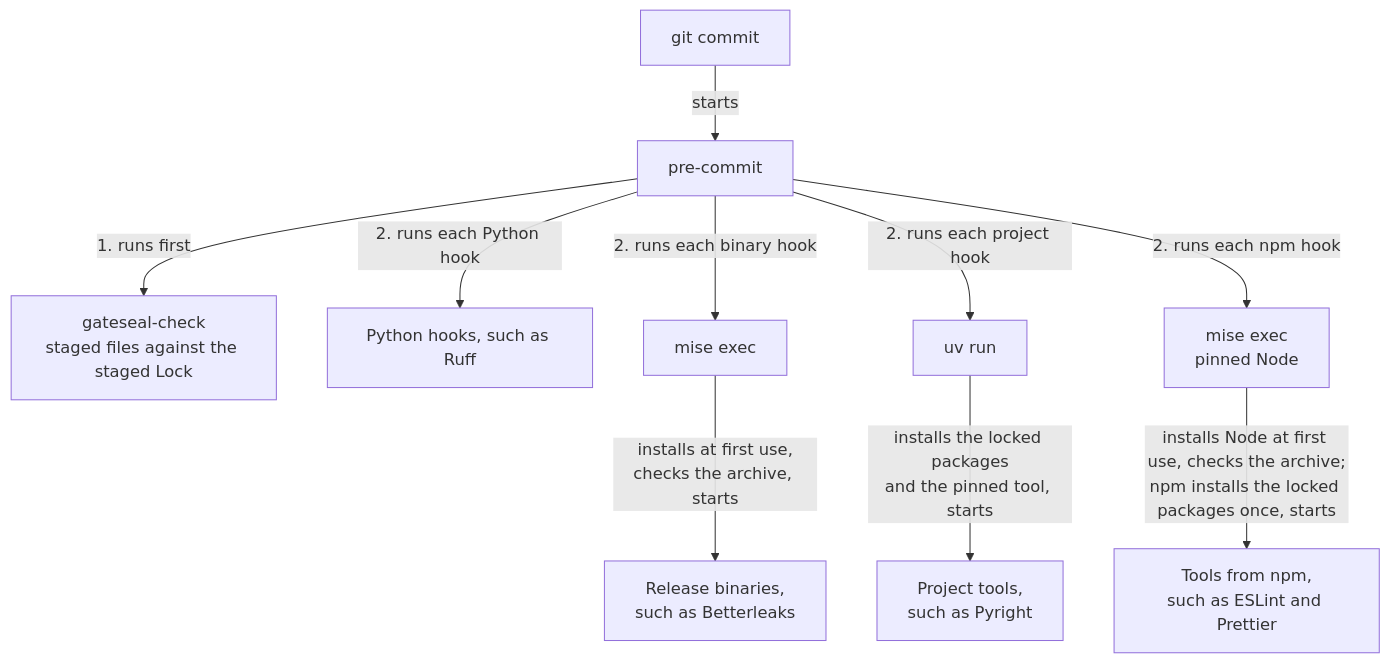
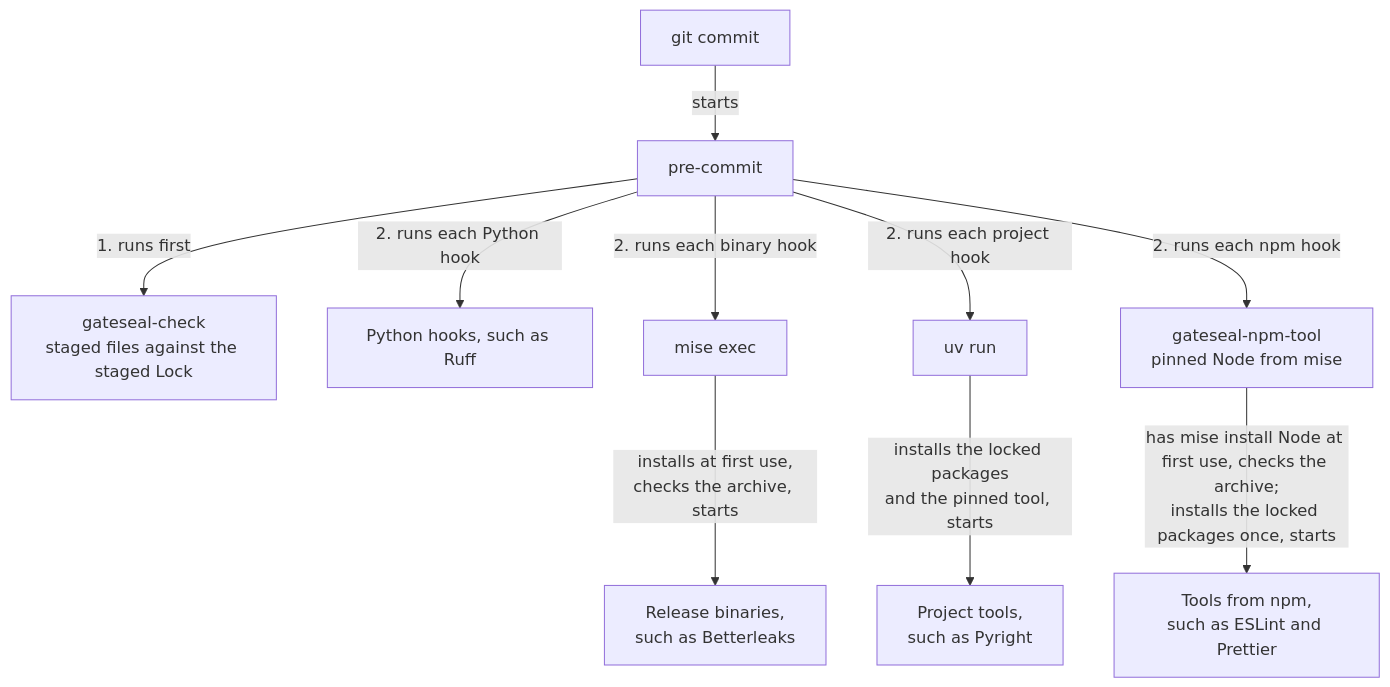
One commit to karstenevers/gateseal changed the second of 2 diagrams in docs/architecture.md. Above: the diagram before and after it, drawn with Mermaid. The commit also changed 38 other files, not shown here.

````diff
--- a/docs/architecture.md
+++ b/docs/architecture.md
@@ -97,14 +97,14 @@
 ```mermaid
 flowchart TD
     accTitle: How gateseal checks a commit
-    accDescr: git commit starts pre-commit. pre-commit runs gateseal-check first, which compares the staged generated files with the staged Lock. If it passes, pre-commit runs each tool's hook. A Python hook runs in the environment that pre-commit built. A release binary starts through mise, which installs it at first use and checks its archive. A project tool starts through uv run, which installs the packages that the repository's uv.lock pins and the pinned tool. A tool from npm starts through mise on the pinned Node, which mise installs at first use and checks against its archive. npm installs the locked packages once into the user's cache folder.
+    accDescr: git commit starts pre-commit. pre-commit runs gateseal-check first, which compares the staged generated files with the staged Lock. If it passes, pre-commit runs each tool's hook. A Python hook runs in the environment that pre-commit built. A release binary starts through mise, which installs it at first use and checks its archive. A project tool starts through uv run, which installs the packages that the repository's uv.lock pins and the pinned tool. A tool from npm starts through gateseal-npm-tool, which reads the pinned Node and the tool's lockfile from gateseal.lock. mise installs that Node at first use and checks its archive. npm installs the locked packages once into the user's cache folder.
     git["git commit"] -- "starts" --> precommit["pre-commit"]
     precommit -- "1. runs first" --> check["gateseal-check<br/>staged files against the staged Lock"]
     precommit -- "2. runs each Python hook" --> python["Python hooks, such as Ruff"]
     precommit -- "2. runs each binary hook" --> mise["mise exec"]
     mise -- "installs at first use,<br/>checks the archive, starts" --> binary["Release binaries,<br/>such as Betterleaks"]
     precommit -- "2. runs each project hook" --> uv["uv run"]
     uv -- "installs the locked packages<br/>and the pinned tool, starts" --> project["Project tools,<br/>such as Pyright"]
-    precommit -- "2. runs each npm hook" --> node["mise exec<br/>pinned Node"]
-    node -- "installs Node at first use, checks the archive;<br/>npm installs the locked packages once, starts" --> npmtool["Tools from npm,<br/>such as ESLint and Prettier"]
+    precommit -- "2. runs each npm hook" --> node["gateseal-npm-tool<br/>pinned Node from mise"]
+    node -- "has mise install Node at first use, checks the archive;<br/>installs the locked packages once, starts" --> npmtool["Tools from npm,<br/>such as ESLint and Prettier"]
 ```
````
